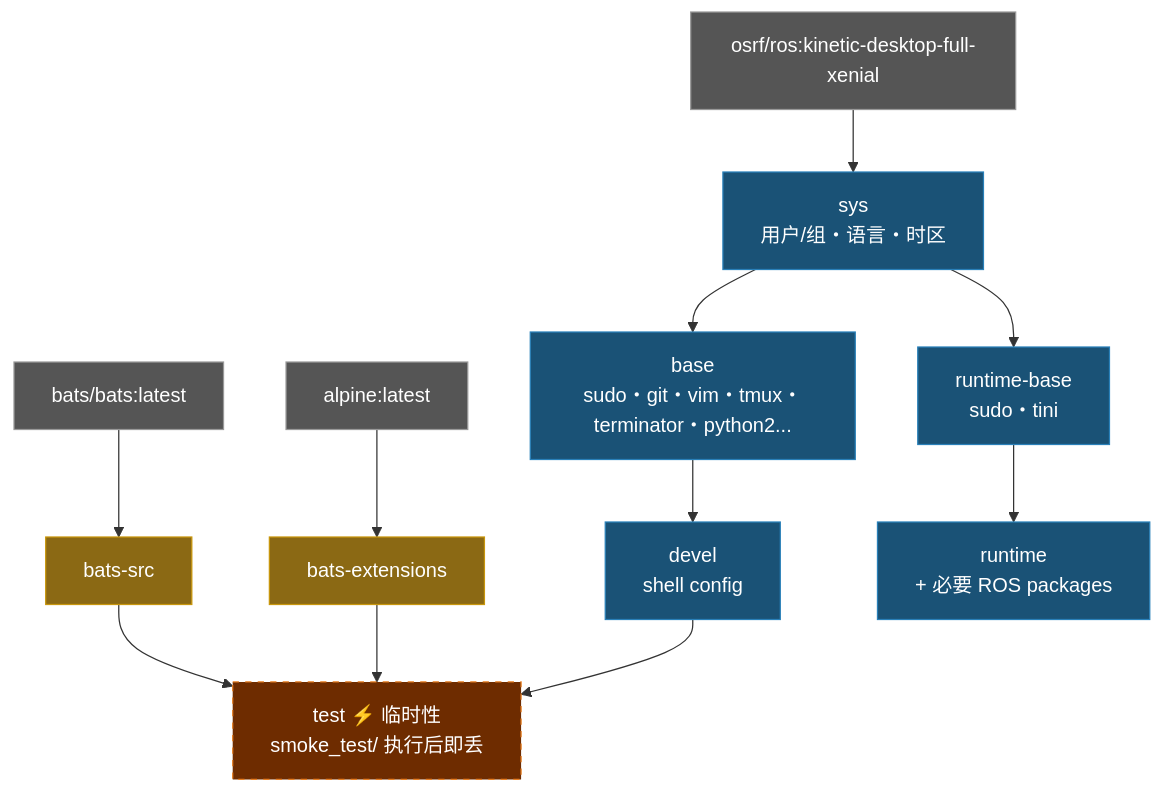
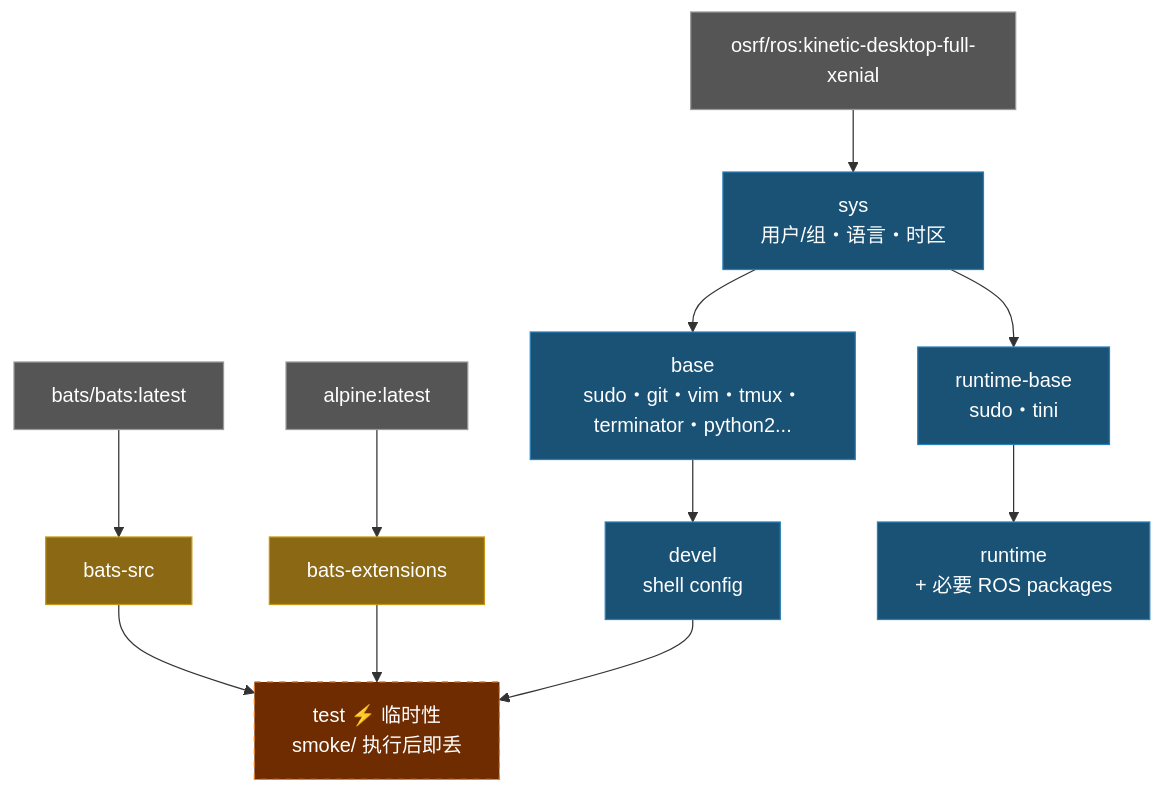
One commit to ycpss91255-docker/osrf_ros_kinetic changed the diagram in doc/README.zh-CN.md. Above: the diagram before and after it, drawn with Mermaid. The commit also changed other lines of this file and 21 other files, not shown here.

````diff
--- a/doc/README.zh-CN.md
+++ b/doc/README.zh-CN.md
@@ -235,26 +235,26 @@
 ```mermaid
 graph TD
     EXT1["bats/bats:latest"]:::external
     EXT2["alpine:latest"]:::external
     EXT3["osrf/ros:kinetic-desktop-full-xenial"]:::external
 
     EXT1 --> bats-src["bats-src"]:::tool
     EXT2 --> bats-ext["bats-extensions"]:::tool
 
     EXT3 --> sys["sys\n用户/组・语言・时区"]:::stage
 
     sys --> base["base\nsudo・git・vim・tmux・terminator・python2..."]:::stage
     base --> devel["devel\nshell config"]:::stage
 
-    bats-src --> test["test  ⚡ 临时性\nsmoke_test/ 执行后即丢"]:::ephemeral
+    bats-src --> test["test  ⚡ 临时性\nsmoke/ 执行后即丢"]:::ephemeral
     bats-ext --> test
     devel --> test
 
     sys --> runtime-base["runtime-base\nsudo・tini"]:::stage
     runtime-base --> runtime["runtime\n+ 必要 ROS packages"]:::stage
 
     classDef external fill:#555,color:#fff,stroke:#999
     classDef tool fill:#8B6914,color:#fff,stroke:#c8960c
     classDef stage fill:#1a5276,color:#fff,stroke:#2980b9
     classDef ephemeral fill:#6e2c00,color:#fff,stroke:#e67e22,stroke-dasharray:5 5
 ```
````
